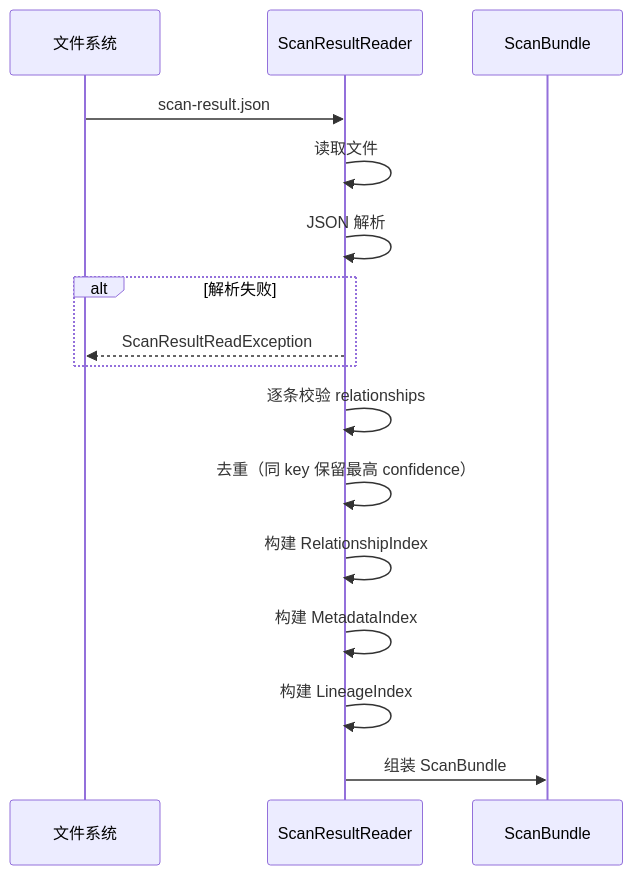
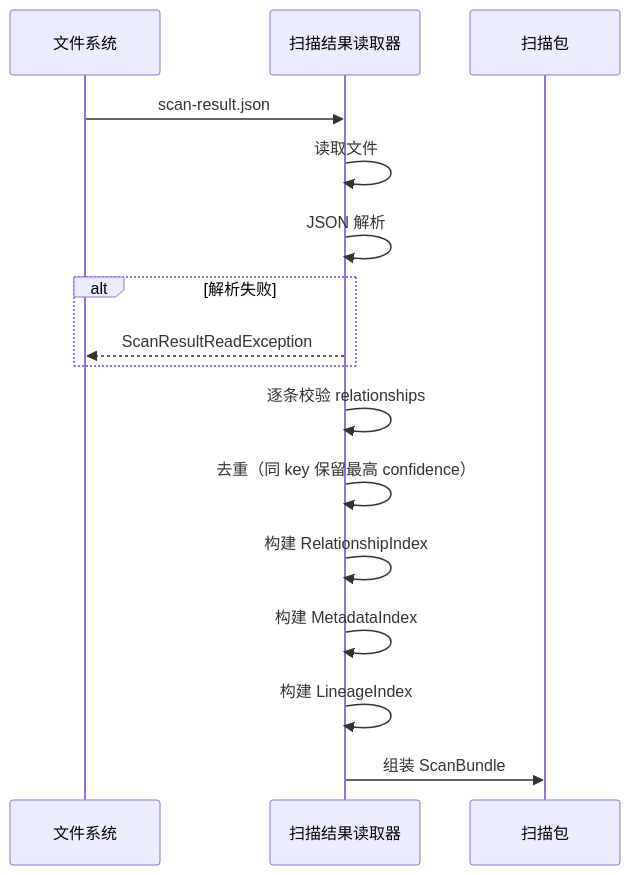
One commit to xiaoguang/relation-detector changed the third of 4 diagrams in docs/design/semantic-layer/01-scan-result-reader.md. Above: the diagram before and after it, drawn with Mermaid. The commit also changed other lines of this file and 14 other files, not shown here.

````diff
--- a/docs/design/semantic-layer/01-scan-result-reader.md
+++ b/docs/design/semantic-layer/01-scan-result-reader.md
@@ -196,19 +236,19 @@
 ```mermaid
 sequenceDiagram
     participant FS as 文件系统
-    participant SR as ScanResultReader
-    participant SB as ScanBundle
+    participant SR as 扫描结果读取器
+    participant SB as 扫描包
 
     FS->>SR: scan-result.json
     SR->>SR: 读取文件
     SR->>SR: JSON 解析
     alt 解析失败
         SR-->>FS: ScanResultReadException
     end
     SR->>SR: 逐条校验 relationships
     SR->>SR: 去重（同 key 保留最高 confidence）
     SR->>SR: 构建 RelationshipIndex
     SR->>SR: 构建 MetadataIndex
     SR->>SR: 构建 LineageIndex
     SR->>SB: 组装 ScanBundle
 ```
````
